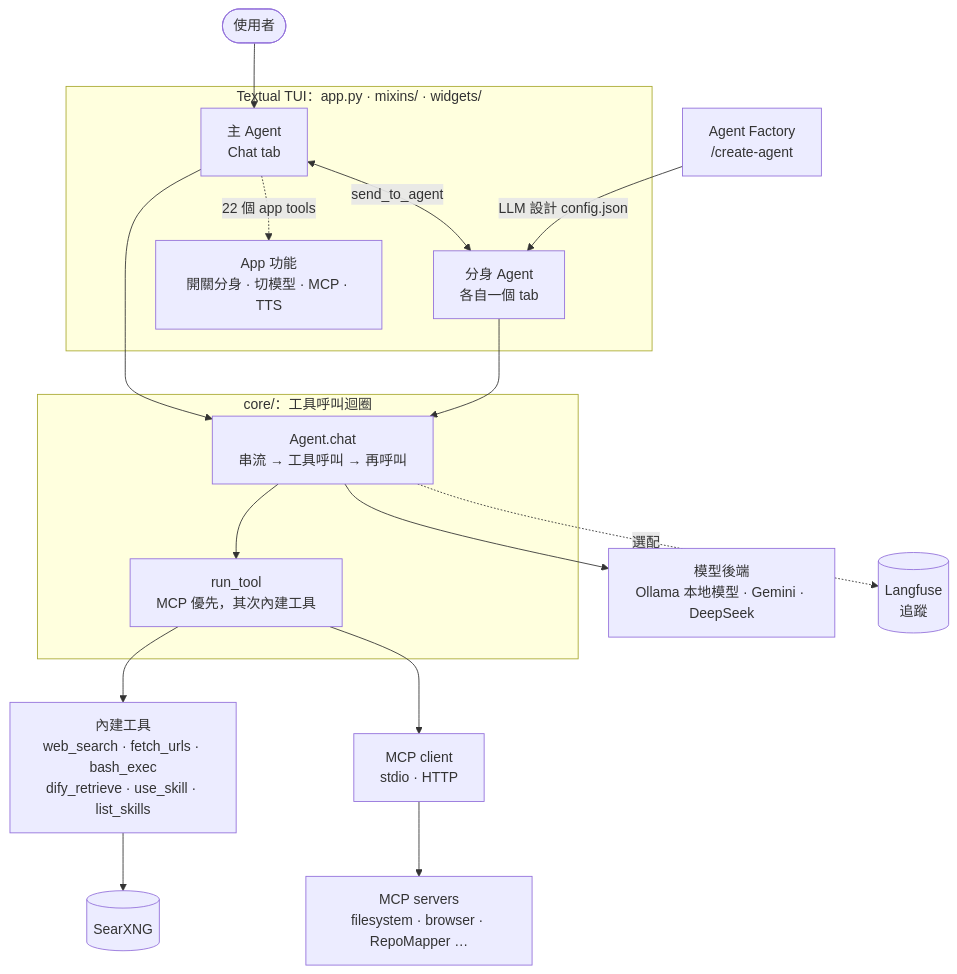
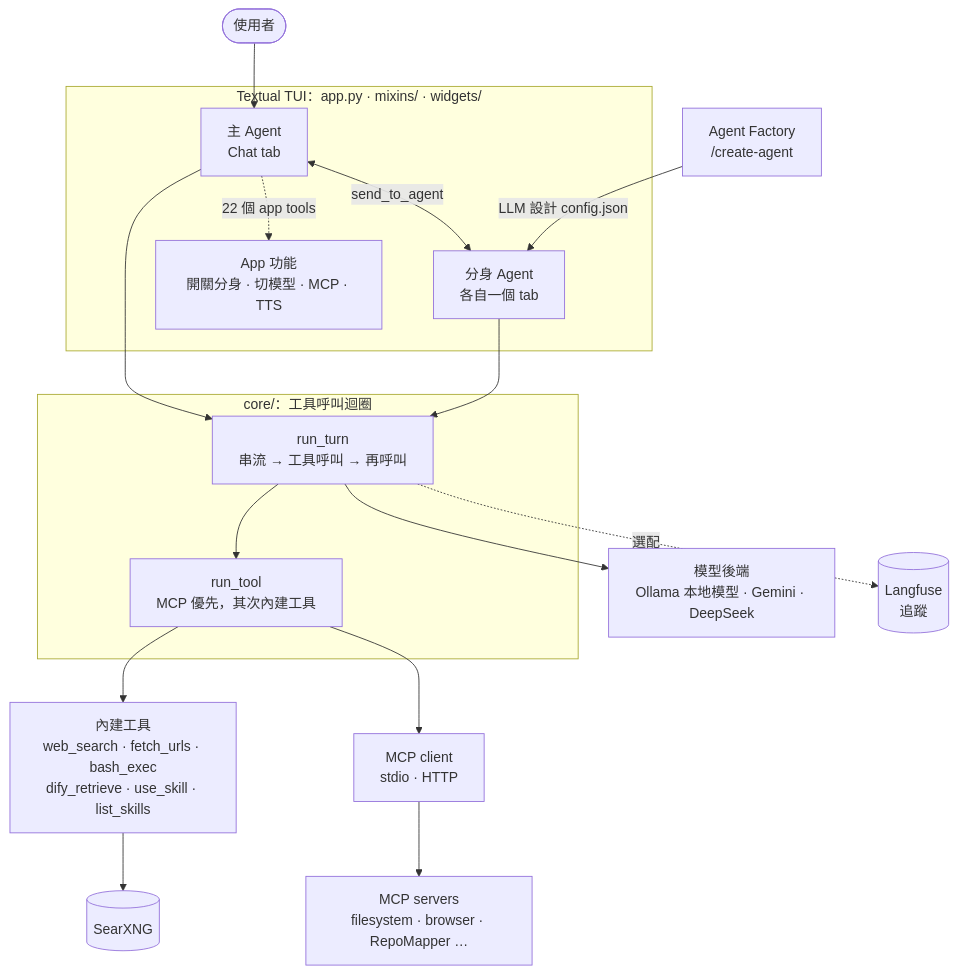
The diagram in README.md (duncan-wen/kai), drawn with Mermaid before and after one commit. The commit also changed 19 other files, not shown here.

````diff
--- a/README.md
+++ b/README.md
@@ -155,31 +155,31 @@
 ```mermaid
 flowchart TB
     U([使用者]) --> Main
 
     subgraph TUI["Textual TUI：app.py · mixins/ · widgets/"]
         Main["主 Agent<br/>Chat tab"]
         Sub["分身 Agent<br/>各自一個 tab"]
         AppFn["App 功能<br/>開關分身 · 切模型 · MCP · TTS"]
         Main <-->|send_to_agent| Sub
         Main -.->|22 個 app tools| AppFn
     end
 
     Factory["Agent Factory<br/>/create-agent"] -->|LLM 設計 config.json| Sub
 
     subgraph Core["core/：工具呼叫迴圈"]
-        Loop["Agent.chat<br/>串流 → 工具呼叫 → 再呼叫"]
+        Loop["run_turn<br/>串流 → 工具呼叫 → 再呼叫"]
         Dispatch["run_tool<br/>MCP 優先，其次內建工具"]
         Loop --> Dispatch
     end
 
     Main --> Loop
     Sub --> Loop
 
     Loop --> Backends["模型後端<br/>Ollama 本地模型 · Gemini · DeepSeek"]
 
     Dispatch --> Builtin["內建工具<br/>web_search · fetch_urls · bash_exec<br/>dify_retrieve · use_skill · list_skills"]
     Dispatch --> MCP["MCP client<br/>stdio · HTTP"]
     Builtin --> SearXNG[(SearXNG)]
     MCP --> Servers["MCP servers<br/>filesystem · browser · RepoMapper …"]
     Loop -.->|選配| LF[(Langfuse<br/>追蹤)]
 ```
````
